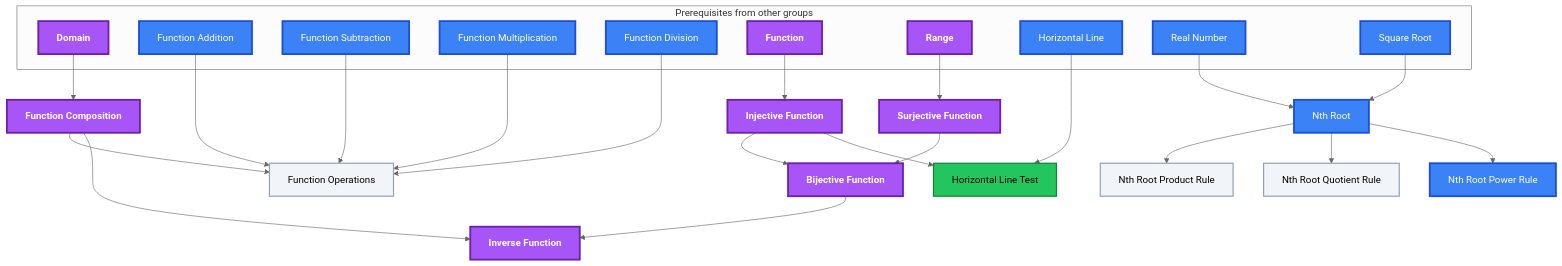
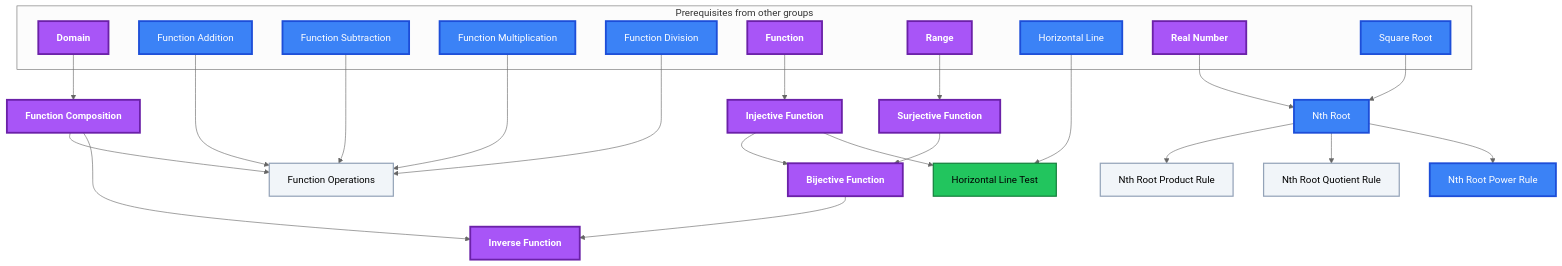
One commit to MRauf1/My-Notes changed the fifth of 11 diagrams in Gamification/Skill Trees/Pre-Calculus.md. Above: the diagram before and after it, drawn with Mermaid (neutral theme). The commit also changed other lines of this file and 73 other files, not shown here.

````diff
--- a/Gamification/Skill Trees/Pre-Calculus.md
+++ b/Gamification/Skill Trees/Pre-Calculus.md
@@ -385,59 +385,59 @@
 ```mermaid
 flowchart TD
     classDef planned fill:#1E293B,stroke:#64748B,stroke-width:2px,stroke-dasharray:5 5,color:#94A3B8;
     classDef locked fill:#334155,stroke:#475569,stroke-width:2px,color:#94A3B8;
     classDef L0 fill:#F1F5F9,stroke:#94A3B8,stroke-width:2px,color:#000000;
     classDef L1 fill:#22C55E,stroke:#15803D,stroke-width:2px,color:#000000;
     classDef L2 fill:#3B82F6,stroke:#1D4ED8,stroke-width:3px,color:#FFFFFF;
     classDef L3 fill:#A855F7,stroke:#6B21A8,stroke-width:3px,color:#FFFFFF,font-weight:bold;
     classDef L4 fill:#F97316,stroke:#C2410C,stroke-width:4px,color:#000000,font-weight:bold;
     classDef L5 fill:#FFD700,stroke:#FF8C00,stroke-width:5px,color:#000000,font-weight:bold;
     classDef rusty stroke:#8B4513,stroke-width:4px,stroke-dasharray:3 3;
     subgraph sg_prereqs["Prerequisites from other groups"]
         n_domain["Domain"]
         n_function_addition["Function Addition"]
         n_function_subtraction["Function Subtraction"]
         n_function_multiplication["Function Multiplication"]
         n_function_division["Function Division"]
         n_function["Function"]
         n_range["Range"]
         n_horizontal_line["Horizontal Line"]
         n_real_number["Real Number"]
         n_square_root["Square Root"]
     end
     n_function_composition["Function Composition"]
     n_function_operations["Function Operations"]
     n_injective_function["Injective Function"]
     n_surjective_function["Surjective Function"]
     n_bijective_function["Bijective Function"]
     n_inverse_function["Inverse Function"]
     n_horizontal_line_test["Horizontal Line Test"]
     n_nth_root["Nth Root"]
     n_nth_root_product_rule["Nth Root Product Rule"]
     n_nth_root_quotient_rule["Nth Root Quotient Rule"]
     n_nth_root_power_rule["Nth Root Power Rule"]
     n_domain --> n_function_composition
     n_function_addition --> n_function_operations
     n_function_subtraction --> n_function_operations
     n_function_multiplication --> n_function_operations
     n_function_division --> n_function_operations
     n_function_composition --> n_function_operations
     n_function --> n_injective_function
     n_range --> n_surjective_function
     n_injective_function --> n_bijective_function
     n_surjective_function --> n_bijective_function
     n_function_composition --> n_inverse_function
     n_bijective_function --> n_inverse_function
     n_horizontal_line --> n_horizontal_line_test
     n_injective_function --> n_horizontal_line_test
     n_real_number --> n_nth_root
     n_square_root --> n_nth_root
     n_nth_root --> n_nth_root_product_rule
     n_nth_root --> n_nth_root_quotient_rule
     n_nth_root --> n_nth_root_power_rule
     class n_function_operations,n_nth_root_product_rule,n_nth_root_quotient_rule L0;
     class n_horizontal_line_test L1;
-    class n_function_addition,n_function_subtraction,n_function_multiplication,n_function_division,n_horizontal_line,n_real_number,n_square_root,n_nth_root,n_nth_root_power_rule L2;
-    class n_domain,n_function,n_range,n_function_composition,n_injective_function,n_surjective_function,n_bijective_function,n_inverse_function L3;
+    class n_function_addition,n_function_subtraction,n_function_multiplication,n_function_division,n_horizontal_line,n_square_root,n_nth_root,n_nth_root_power_rule L2;
+    class n_domain,n_function,n_range,n_real_number,n_function_composition,n_injective_function,n_surjective_function,n_bijective_function,n_inverse_function L3;
     class n_domain,n_function_addition,n_function_subtraction,n_function_multiplication,n_function_division,n_function,n_range,n_horizontal_line,n_real_number,n_square_root,n_function_composition,n_function_operations,n_injective_function,n_surjective_function,n_bijective_function,n_inverse_function,n_horizontal_line_test,n_nth_root,n_nth_root_product_rule,n_nth_root_quotient_rule,n_nth_root_power_rule internal-link;
 ```
````
